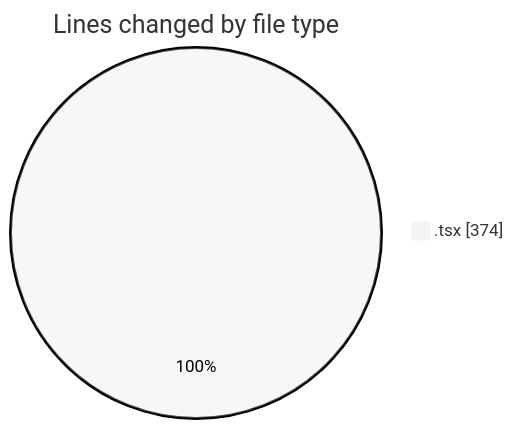
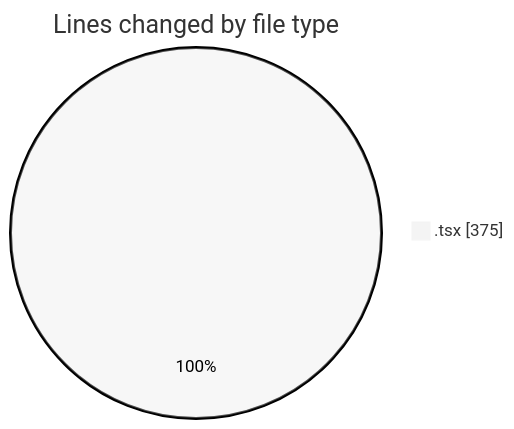
The first of 2 diagrams in 2026-05-29/cda/README.md (momahboobian/code-tracking), drawn with Mermaid (neutral theme) before and after one commit. The commit also changed other lines of this file and 1 other file, not shown here.

````diff
--- a/2026-05-29/cda/README.md
+++ b/2026-05-29/cda/README.md
@@ -20,5 +20,5 @@
 ```mermaid
 pie showData
 title Lines changed by file type
-".tsx" : 374
+".tsx" : 375
 ```
````
